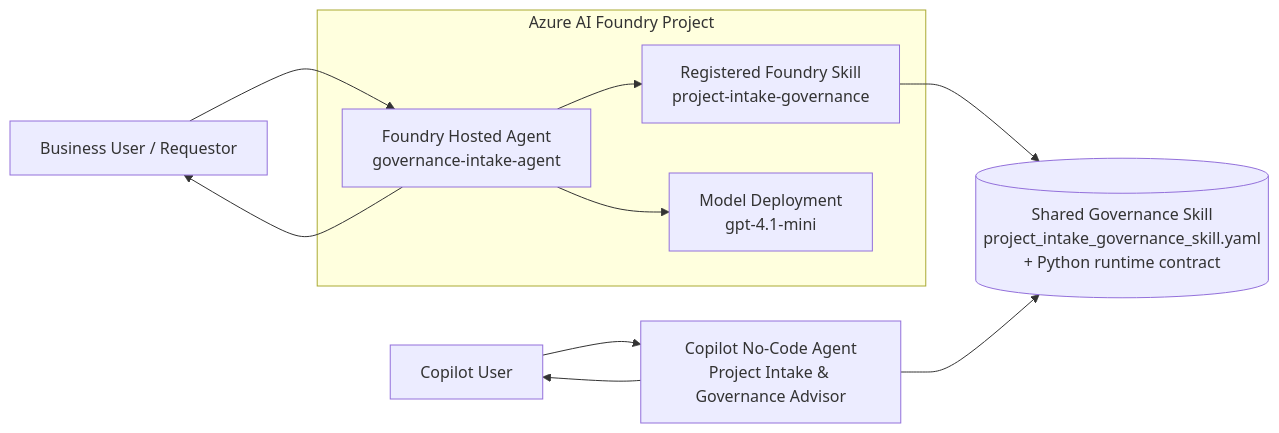
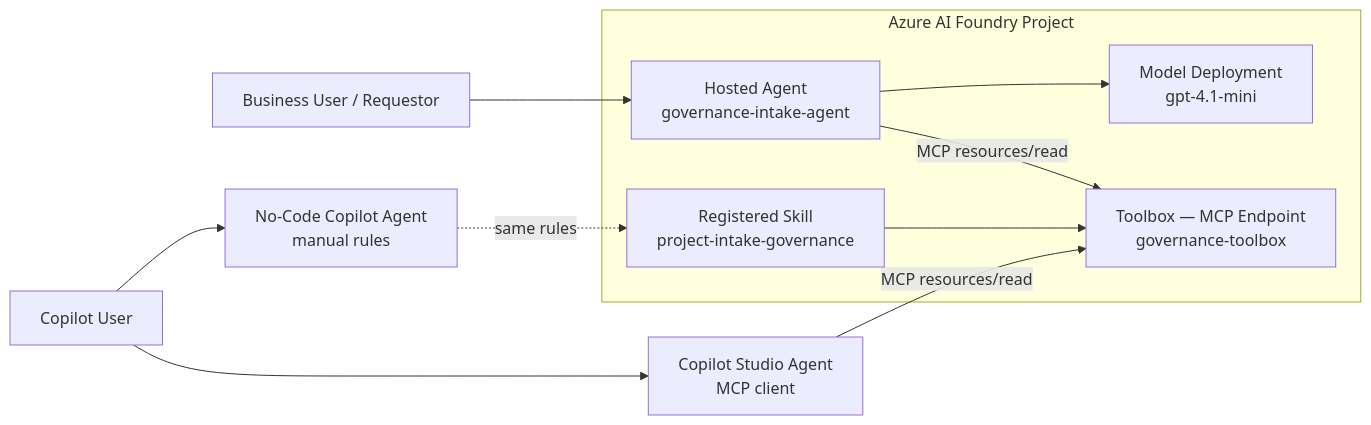
Before and after one commit to acworkma/skills-demo: the diagram in README.md, drawn with Mermaid. The commit also changed other lines of this file and 5 other files, not shown here.

First line of the commit message:
feat: publish Skill to Toolbox and wire agent via MCP

````diff
--- a/README.md
+++ b/README.md
@@ -30,24 +31,24 @@
 ```mermaid
 flowchart LR
     U1[Business User / Requestor]
     U2[Copilot User]
 
-    S[(Shared Governance Skill<br/>project_intake_governance_skill.yaml<br/>+ Python runtime contract)]
-
     subgraph F[Azure AI Foundry Project]
-        SK[Registered Foundry Skill<br/>project-intake-governance]
+        SK[Registered Skill<br/>project-intake-governance]
+        TB[Toolbox — MCP Endpoint<br/>governance-toolbox]
         M[Model Deployment<br/>gpt-4.1-mini]
-        A[Foundry Hosted Agent<br/>governance-intake-agent]
+        A[Hosted Agent<br/>governance-intake-agent]
     end
 
-    C[Copilot No-Code Agent<br/>Project Intake & Governance Advisor]
+    CS[Copilot Studio Agent<br/>MCP client]
+    C[No-Code Copilot Agent<br/>manual rules]
 
+    SK --> TB
+    A -- MCP resources/read --> TB
+    CS -- MCP resources/read --> TB
+    A --> M
     U1 --> A
+    U2 --> CS
     U2 --> C
-    A --> SK
-    SK --> S
-    C --> S
-    A --> M
-    A --> U1
-    C --> U2
+    C -. same rules .-> SK
 ```
````
